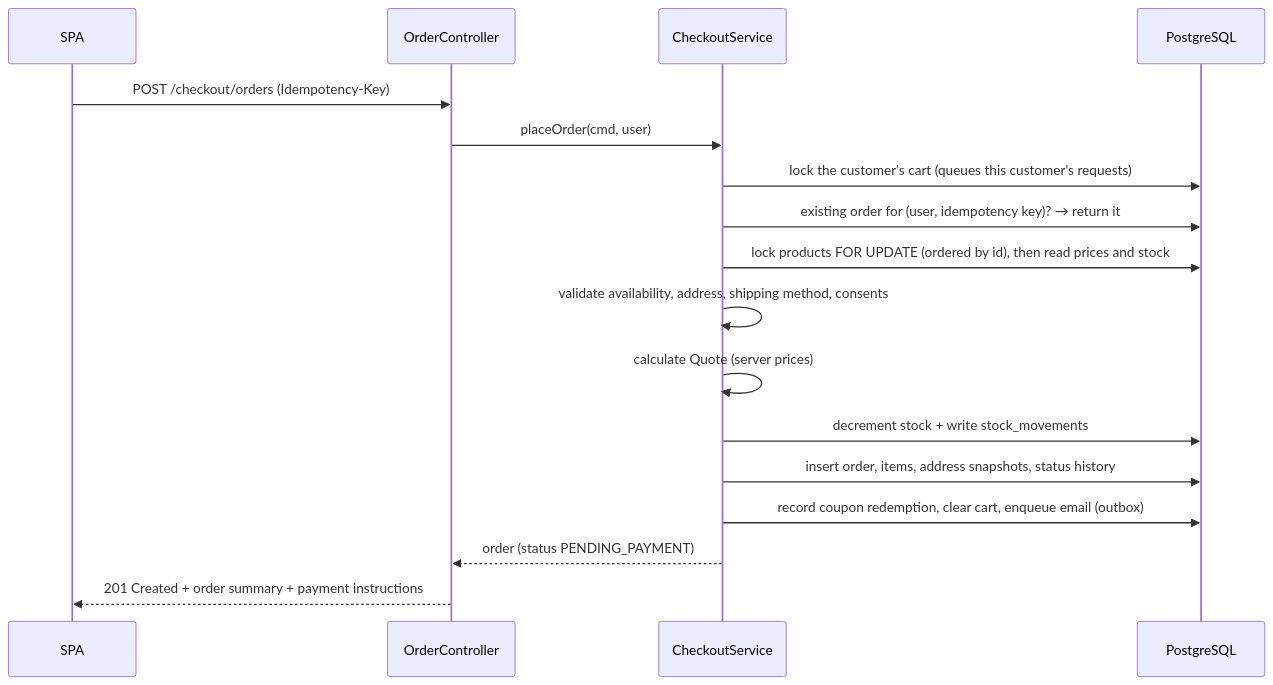
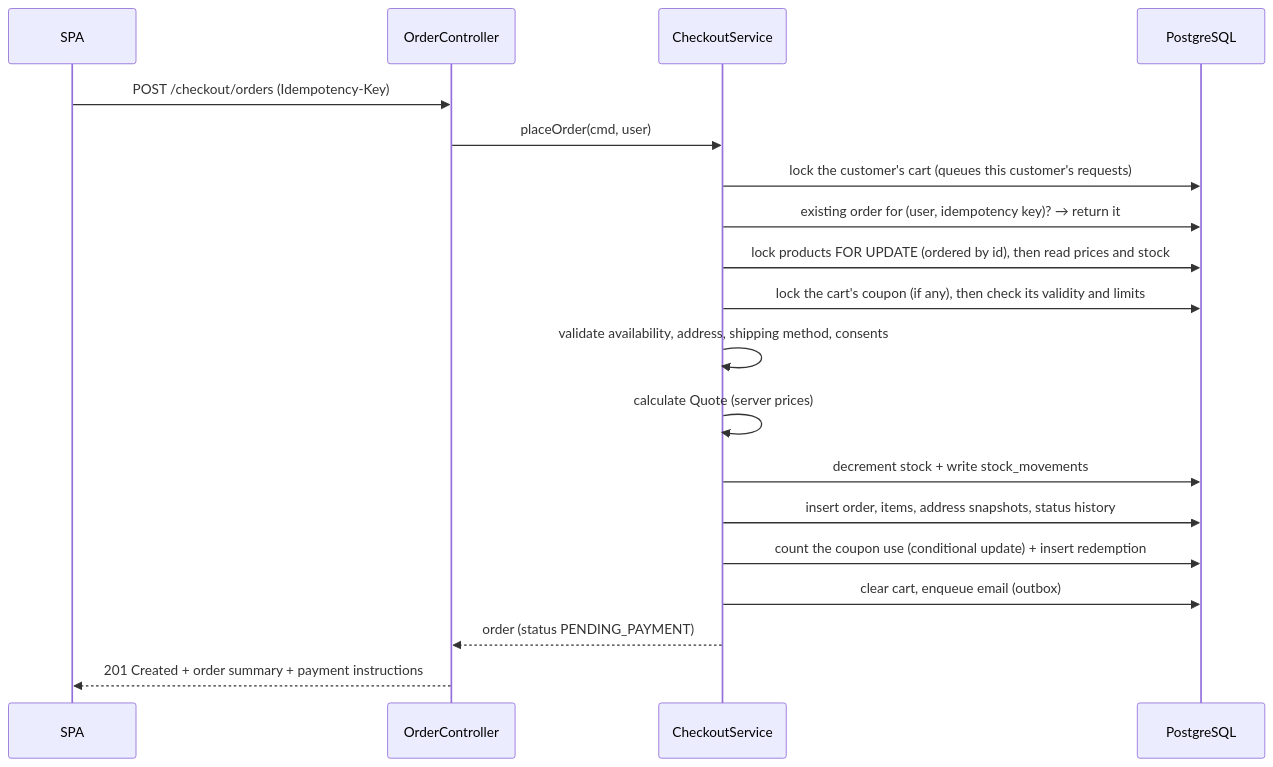
Before and after one commit to KaramellFy/pw-aquatics: the second of 3 diagrams in docs/ARCHITECTURE.md, drawn with Mermaid. The commit also changed other lines of this file and 99 other files, not shown here.

First line of the commit message:
feat(coupons): coupons in cart and checkout, admin coupon management and statistics (Phase 8)

````diff
--- a/docs/ARCHITECTURE.md
+++ b/docs/ARCHITECTURE.md
@@ -255,19 +263,21 @@
 ```mermaid
 sequenceDiagram
     participant FE as SPA
     participant API as OrderController
     participant S as CheckoutService
     participant DB as PostgreSQL
     FE->>API: POST /checkout/orders (Idempotency-Key)
     API->>S: placeOrder(cmd, user)
     S->>DB: lock the customer's cart (queues this customer's requests)
     S->>DB: existing order for (user, idempotency key)? → return it
     S->>DB: lock products FOR UPDATE (ordered by id), then read prices and stock
+    S->>DB: lock the cart's coupon (if any), then check its validity and limits
     S->>S: validate availability, address, shipping method, consents
     S->>S: calculate Quote (server prices)
     S->>DB: decrement stock + write stock_movements
     S->>DB: insert order, items, address snapshots, status history
-    S->>DB: record coupon redemption, clear cart, enqueue email (outbox)
+    S->>DB: count the coupon use (conditional update) + insert redemption
+    S->>DB: clear cart, enqueue email (outbox)
     S-->>API: order (status PENDING_PAYMENT)
     API-->>FE: 201 Created + order summary + payment instructions
 ```
````
